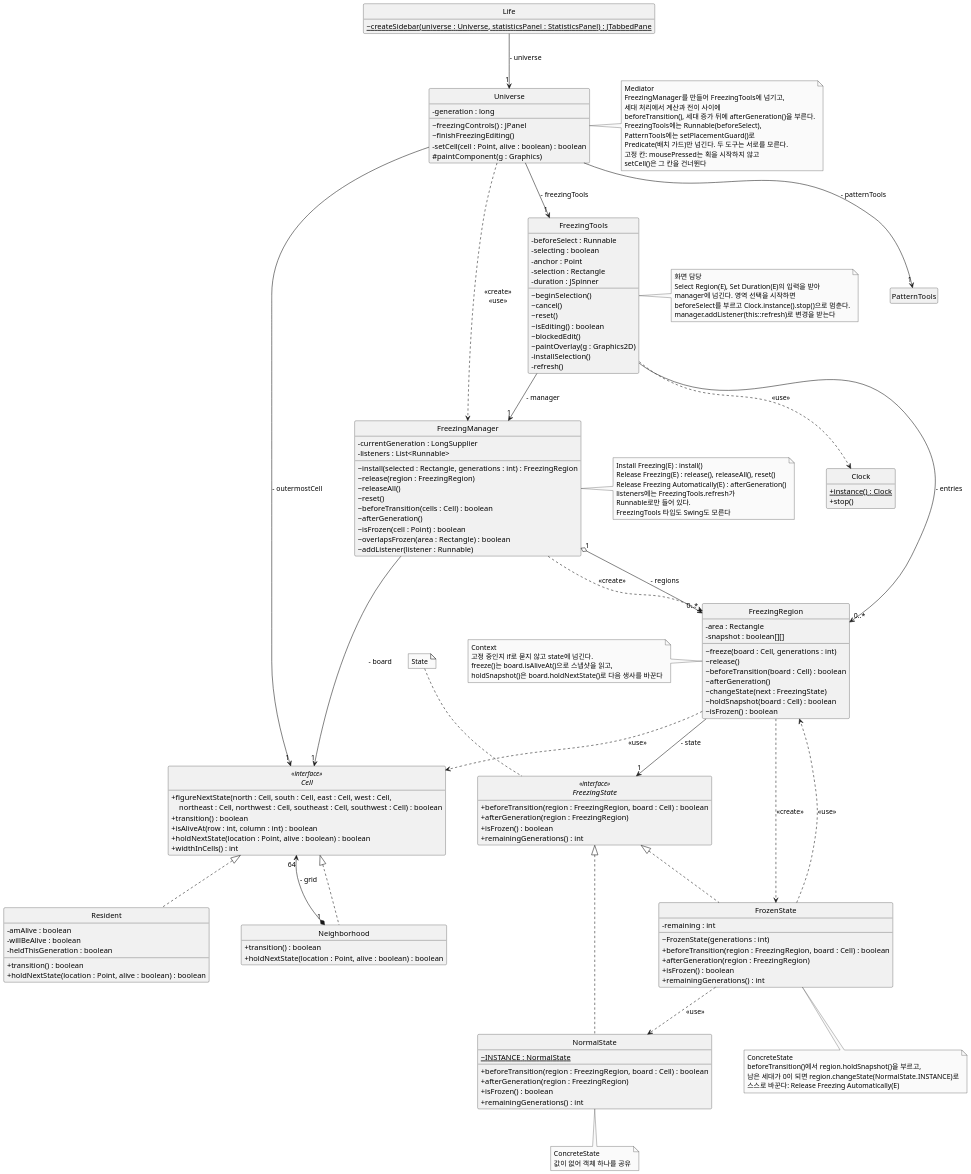
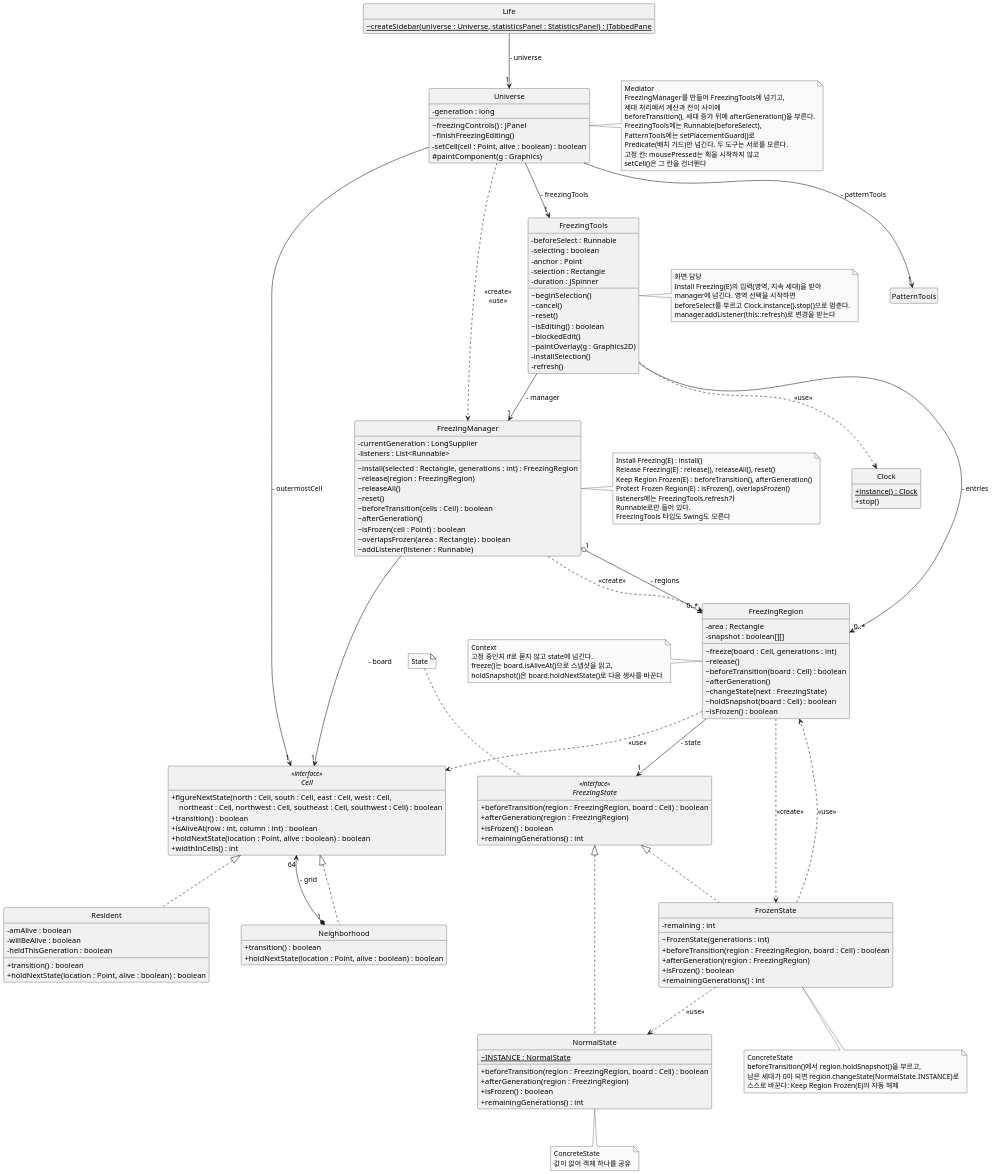
The diagram in docs/freezing/diagram/class-freezing.puml (mckimR1972/DP_team_project), drawn with PlantUML before and after one commit. The commit also changed 28 other files, not shown here.

First line of the commit message:
docs: Freezing 유스케이스를 전체 유스케이스 다이어그램에 맞춤

```diff
--- a/docs/freezing/diagram/class-freezing.puml
+++ b/docs/freezing/diagram/class-freezing.puml
@@ -1,183 +1,184 @@
 @startuml class-freezing
 skinparam monochrome true
 skinparam dpi 150
 skinparam shadowing false
 skinparam defaultFontName "Malgun Gothic"
 skinparam classAttributeIconSize 0
 hide circle
 hide empty members
 skinparam ranksep 70
 skinparam nodesep 60
 
 interface Cell <<interface>> {
   + figureNextState(north : Cell, south : Cell, east : Cell, west : Cell,\n    northeast : Cell, northwest : Cell, southeast : Cell, southwest : Cell) : boolean
   + transition() : boolean
   + isAliveAt(row : int, column : int) : boolean
   + holdNextState(location : Point, alive : boolean) : boolean
   + widthInCells() : int
 }
 
 class Neighborhood {
   + transition() : boolean
   + holdNextState(location : Point, alive : boolean) : boolean
 }
 
 class Resident {
   - amAlive : boolean
   - willBeAlive : boolean
   - heldThisGeneration : boolean
   + transition() : boolean
   + holdNextState(location : Point, alive : boolean) : boolean
 }
 
 class Universe {
   - generation : long
   ~ freezingControls() : JPanel
   ~ finishFreezingEditing()
   - setCell(cell : Point, alive : boolean) : boolean
   # paintComponent(g : Graphics)
 }
 
 class Clock {
   + {static} instance() : Clock
   + stop()
 }
 
 class Life {
   ~ {static} createSidebar(universe : Universe, statisticsPanel : StatisticsPanel) : JTabbedPane
 }
 
 class PatternTools
 
 class FreezingTools {
   - beforeSelect : Runnable
   - selecting : boolean
   - anchor : Point
   - selection : Rectangle
   - duration : JSpinner
   ~ beginSelection()
   ~ cancel()
   ~ reset()
   ~ isEditing() : boolean
   ~ blockedEdit()
   ~ paintOverlay(g : Graphics2D)
   - installSelection()
   - refresh()
 }
 
 class FreezingManager {
   - currentGeneration : LongSupplier
   - listeners : List<Runnable>
   ~ install(selected : Rectangle, generations : int) : FreezingRegion
   ~ release(region : FreezingRegion)
   ~ releaseAll()
   ~ reset()
   ~ beforeTransition(cells : Cell) : boolean
   ~ afterGeneration()
   ~ isFrozen(cell : Point) : boolean
   ~ overlapsFrozen(area : Rectangle) : boolean
   ~ addListener(listener : Runnable)
 }
 
 class FreezingRegion {
   - area : Rectangle
   - snapshot : boolean[][]
   ~ freeze(board : Cell, generations : int)
   ~ release()
   ~ beforeTransition(board : Cell) : boolean
   ~ afterGeneration()
   ~ changeState(next : FreezingState)
   ~ holdSnapshot(board : Cell) : boolean
   ~ isFrozen() : boolean
 }
 
 interface FreezingState <<interface>> {
   + beforeTransition(region : FreezingRegion, board : Cell) : boolean
   + afterGeneration(region : FreezingRegion)
   + isFrozen() : boolean
   + remainingGenerations() : int
 }
 
 class NormalState {
   ~ {static} INSTANCE : NormalState
   + beforeTransition(region : FreezingRegion, board : Cell) : boolean
   + afterGeneration(region : FreezingRegion)
   + isFrozen() : boolean
   + remainingGenerations() : int
 }
 
 class FrozenState {
   - remaining : int
   ~ FrozenState(generations : int)
   + beforeTransition(region : FreezingRegion, board : Cell) : boolean
   + afterGeneration(region : FreezingRegion)
   + isFrozen() : boolean
   + remainingGenerations() : int
 }
 
 Cell <|.. Neighborhood
 Cell <|.. Resident
 Neighborhood "1" *-up-> "64" Cell : - grid
 
 Life --> "1" Universe : - universe
 Universe --> "1" Cell : - outermostCell
 Universe --> "1" FreezingTools : - freezingTools
 Universe --> "1" PatternTools : - patternTools
 Universe ..> FreezingManager : <<create>>\n<<use>>
 
 FreezingTools --> "1" FreezingManager : - manager
 FreezingTools --> "0..*" FreezingRegion : - entries
 FreezingTools ..> Clock : <<use>>
 FreezingManager "1" o--> "0..*" FreezingRegion : - regions
 FreezingManager ..> FreezingRegion : <<create>>
 FreezingManager --> "1" Cell : - board
 
 FreezingRegion --> "1" FreezingState : - state
 FreezingRegion ..> Cell : <<use>>
 FreezingRegion ..> FrozenState : <<create>>
 FreezingState <|.. NormalState
 FreezingState <|.. FrozenState
 FrozenState ..> FreezingRegion : <<use>>
 FrozenState ..> NormalState : <<use>>
 
 note top of FreezingState : State
 note bottom of NormalState : ConcreteState\n값이 없어 객체 하나를 공유
 note bottom of FrozenState
   ConcreteState
   beforeTransition()에서 region.holdSnapshot()을 부르고,
   남은 세대가 0이 되면 region.changeState(NormalState.INSTANCE)로
-  스스로 바꾼다: Release Freezing Automatically(E)
+  스스로 바꾼다: Keep Region Frozen(E)의 자동 해제
 end note
 note left of FreezingRegion
   Context
   고정 중인지 if로 묻지 않고 state에 넘긴다.
   freeze()는 board.isAliveAt()으로 스냅샷을 읽고,
   holdSnapshot()은 board.holdNextState()로 다음 생사를 바꾼다
 end note
 note right of FreezingTools
   화면 담당
-  Select Region(E), Set Duration(E)의 입력을 받아
+  Install Freezing(E)의 입력(영역, 지속 세대)을 받아
   manager에 넘긴다. 영역 선택을 시작하면
   beforeSelect를 부르고 Clock.instance().stop()으로 멈춘다.
   manager.addListener(this::refresh)로 변경을 받는다
 end note
 note right of FreezingManager
   Install Freezing(E) : install()
   Release Freezing(E) : release(), releaseAll(), reset()
-  Release Freezing Automatically(E) : afterGeneration()
+  Keep Region Frozen(E) : beforeTransition(), afterGeneration()
+  Protect Frozen Region(E) : isFrozen(), overlapsFrozen()
   listeners에는 FreezingTools.refresh가
   Runnable로만 들어 있다.
   FreezingTools 타입도 Swing도 모른다
 end note
 note right of Universe
   Mediator
   FreezingManager를 만들어 FreezingTools에 넘기고,
   세대 처리에서 계산과 전이 사이에
   beforeTransition(), 세대 증가 뒤에 afterGeneration()을 부른다.
   FreezingTools에는 Runnable(beforeSelect),
   PatternTools에는 setPlacementGuard()로
   Predicate(배치 가드)만 넘긴다. 두 도구는 서로를 모른다.
   고정 칸: mousePressed는 획을 시작하지 않고
   setCell()은 그 칸을 건너뛴다
 end note
 @enduml
```
